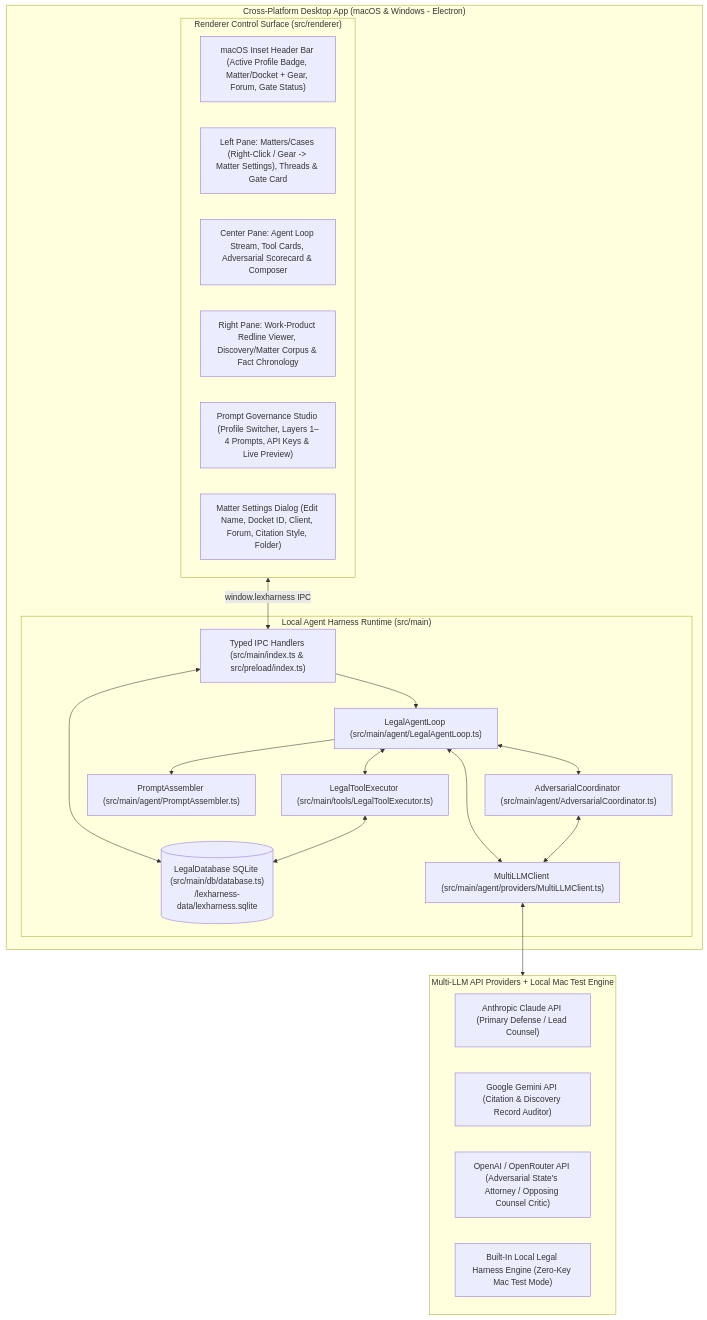
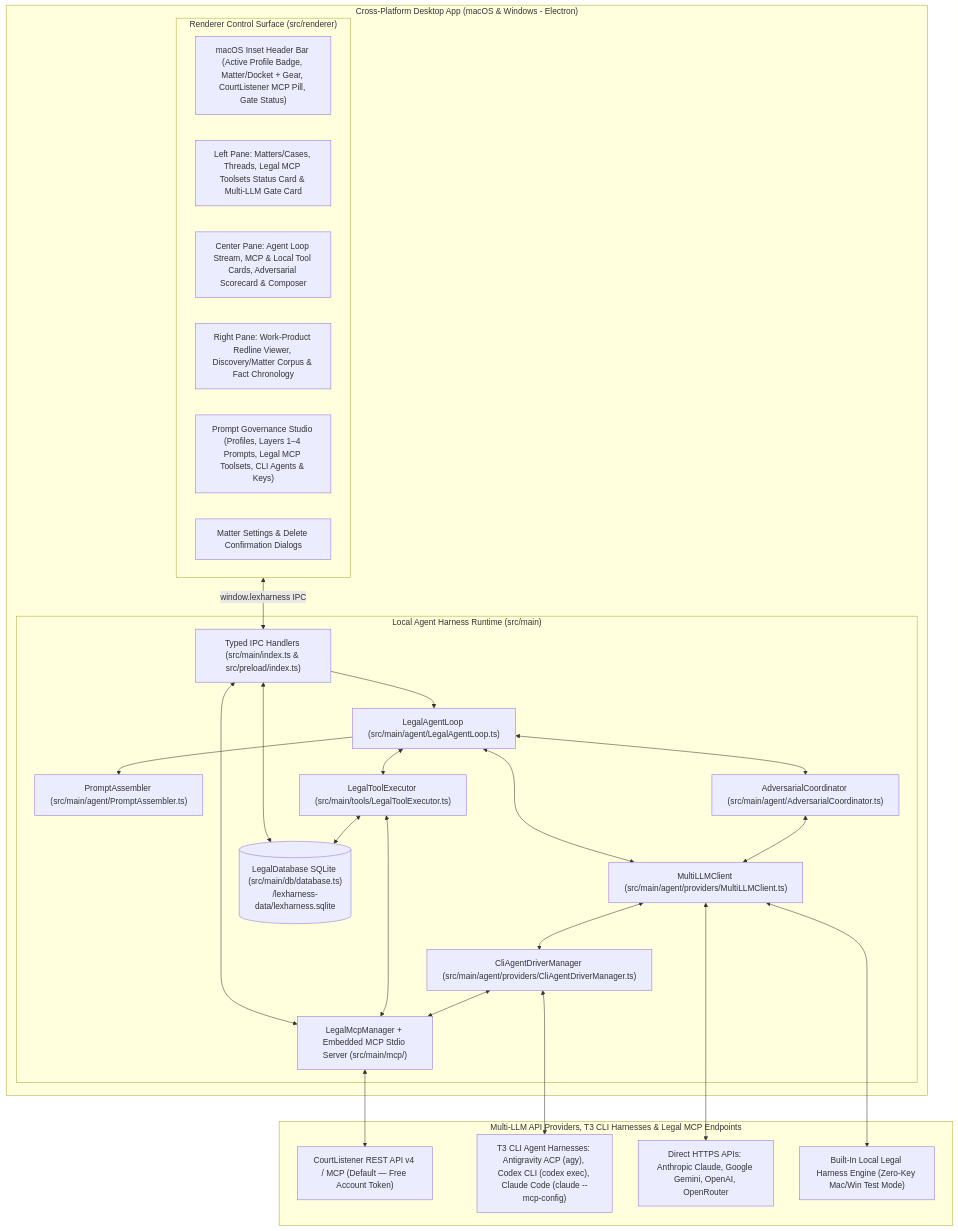
The diagram in docs/PLAN.md (bentito/free-legal-assist), drawn with Mermaid before and after one commit. The commit also changed other lines of this file and 16 other files, not shown here.

Commit message:
Add Legal MCP Toolsets (CourtListener free-account default, VT statutes, GovInfo, commercial & custom MCPs) with automatic agent config sync and bump to v0.2.0

````diff
--- a/docs/PLAN.md
+++ b/docs/PLAN.md
@@ -20,41 +21,50 @@
 ```mermaid
 flowchart TB
     subgraph Desktop["Cross-Platform Desktop App (macOS & Windows - Electron)"]
         subgraph UI["Renderer Control Surface (src/renderer)"]
-            Header["macOS Inset Header Bar (Active Profile Badge, Matter/Docket + Gear, Forum, Gate Status)"]
-            LeftSidebar["Left Pane: Matters/Cases (Right-Click / Gear -> Matter Settings), Threads & Gate Card"]
-            CenterStream["Center Pane: Agent Loop Stream, Tool Cards, Adversarial Scorecard & Composer"]
+            Header["macOS Inset Header Bar (Active Profile Badge, Matter/Docket + Gear, CourtListener MCP Pill, Gate Status)"]
+            LeftSidebar["Left Pane: Matters/Cases, Threads, Legal MCP Toolsets Status Card & Multi-LLM Gate Card"]
+            CenterStream["Center Pane: Agent Loop Stream, MCP & Local Tool Cards, Adversarial Scorecard & Composer"]
             RightPane["Right Pane: Work-Product Redline Viewer, Discovery/Matter Corpus & Fact Chronology"]
-            StudioModal["Prompt Governance Studio (Profile Switcher, Layers 1–4 Prompts, API Keys & Live Preview)"]
-            MatterModal["Matter Settings Dialog (Edit Name, Docket ID, Client, Forum, Citation Style, Folder)"]
+            StudioModal["Prompt Governance Studio (Profiles, Layers 1–4 Prompts, Legal MCP Toolsets, CLI Agents & Keys)"]
+            MatterModal["Matter Settings & Delete Confirmation Dialogs"]
         end
 
         subgraph Core["Local Agent Harness Runtime (src/main)"]
             IPC["Typed IPC Handlers (src/main/index.ts & src/preload/index.ts)"]
             Orchestrator["LegalAgentLoop (src/main/agent/LegalAgentLoop.ts)"]
             PromptAssembler["PromptAssembler (src/main/agent/PromptAssembler.ts)"]
+            McpManager["LegalMcpManager + Embedded MCP Stdio Server (src/main/mcp/)"]
+            CliDrivers["CliAgentDriverManager (src/main/agent/providers/CliAgentDriverManager.ts)"]
             AdversarialEngine["AdversarialCoordinator (src/main/agent/AdversarialCoordinator.ts)"]
             LLMClient["MultiLLMClient (src/main/agent/providers/MultiLLMClient.ts)"]
             ToolRunner["LegalToolExecutor (src/main/tools/LegalToolExecutor.ts)"]
             DB[("LegalDatabase SQLite (src/main/db/database.ts)\n<userData>/lexharness-data/lexharness.sqlite")]
         end
     end
 
-    subgraph Providers["Multi-LLM API Providers + Local Mac Test Engine"]
-        Claude["Anthropic Claude API (Primary Defense / Lead Counsel)"]
-        Gemini["Google Gemini API (Citation & Discovery Record Auditor)"]
-        OpenAI["OpenAI / OpenRouter API (Adversarial State's Attorney / Opposing Counsel Critic)"]
-        Sim["Built-In Local Legal Harness Engine (Zero-Key Mac Test Mode)"]
+    subgraph Providers["Multi-LLM API Providers, T3 CLI Harnesses & Legal MCP Endpoints"]
+        CourtListener["CourtListener REST API v4 / MCP (Default — Free Account Token)"]
+        CLI["T3 CLI Agent Harnesses: Antigravity ACP (agy), Codex CLI (codex exec), Claude Code (claude --mcp-config)"]
+        CloudAPIs["Direct HTTPS APIs: Anthropic Claude, Google Gemini, OpenAI, OpenRouter"]
+        Sim["Built-In Local Legal Harness Engine (Zero-Key Mac/Win Test Mode)"]
     end
 
     UI <-->|window.lexharness IPC| IPC
     IPC <--> DB
     IPC --> Orchestrator
+    IPC <--> McpManager
     Orchestrator --> PromptAssembler
     Orchestrator <--> ToolRunner
+    ToolRunner <--> McpManager
+    McpManager <--> CourtListener
     ToolRunner <--> DB
     Orchestrator <--> LLMClient
     Orchestrator <--> AdversarialEngine
     AdversarialEngine <--> LLMClient
-    LLMClient <--> Providers
+    LLMClient <--> CliDrivers
+    CliDrivers <--> McpManager
+    CliDrivers <--> CLI
+    LLMClient <--> CloudAPIs
+    LLMClient <--> Sim
 ```
````
